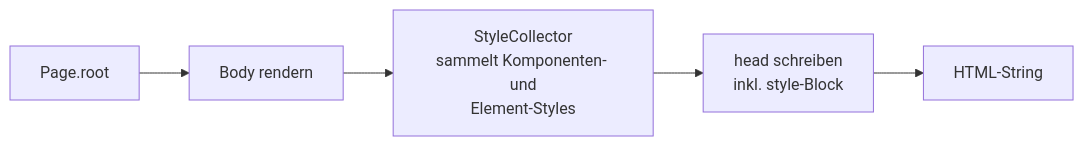
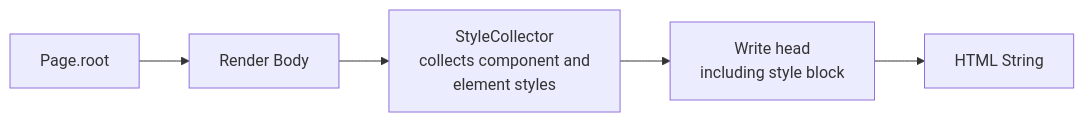
One commit to ezTxmMC/blatt changed the diagram in README.md. Above: the diagram before and after it, drawn with Mermaid. The commit also changed other lines of this file, not shown here.

````diff
--- a/README.md
+++ b/README.md
@@ -328,7 +328,7 @@
 ```mermaid
 flowchart LR
-    A[Page.root] --> B[Body rendern]
-    B --> C[StyleCollector<br/>sammelt Komponenten- und<br/>Element-Styles]
-    C --> D[head schreiben<br/>inkl. style-Block]
-    D --> E[HTML-String]
+    A[Page.root] --> B[Render Body]
+    B --> C[StyleCollector<br/>collects component and<br/>element styles]
+    C --> D[Write head<br/>including style block]
+    D --> E[HTML String]
 ```
````
